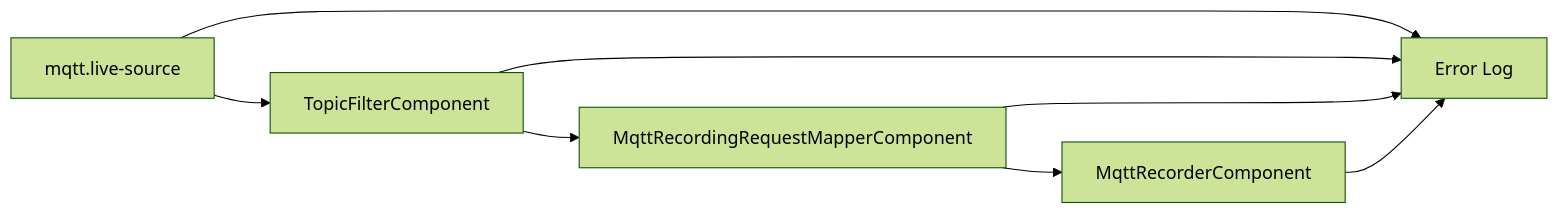
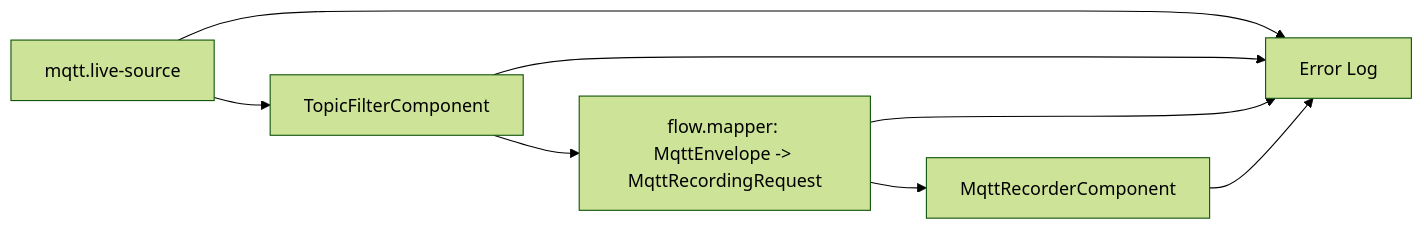
Diagram 17 of 18 in docs/flow-components.md (araxis/FluxMq), drawn with Mermaid (forest theme) before and after one commit. The commit also changed other lines of this file and 21 other files, not shown here.

Commit message:
fix: make flow mapping explicit (#58)

````diff
--- a/docs/flow-components.md
+++ b/docs/flow-components.md
@@ -631,10 +645,10 @@
 ```mermaid
 flowchart LR
     Source["mqtt.live-source"] --> Filter["TopicFilterComponent"]
-    Filter --> Mapper["MqttRecordingRequestMapperComponent"]
+    Filter --> Mapper["flow.mapper: MqttEnvelope -> MqttRecordingRequest"]
     Mapper --> Recorder["MqttRecorderComponent"]
     Source --> ErrorLog["Error Log"]
     Filter --> ErrorLog
     Mapper --> ErrorLog
     Recorder --> ErrorLog
 ```
````
